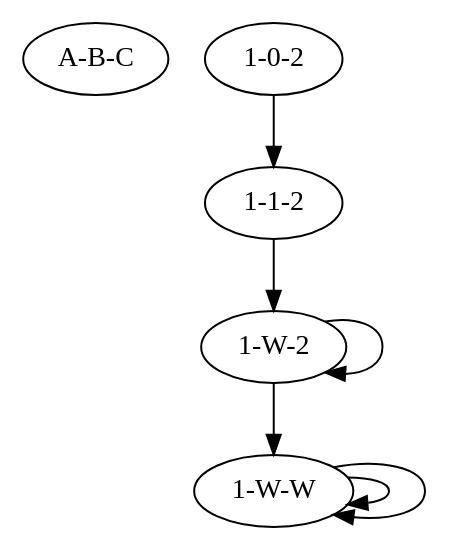
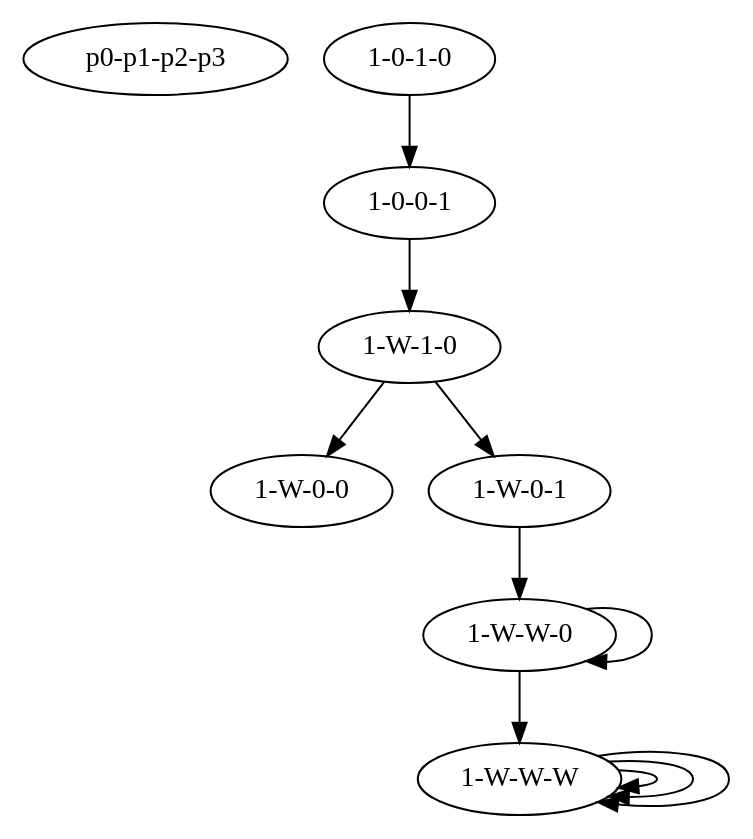
Before and after one commit to SemSSK/petri_to_automata: the diagram in graph.dot, drawn with Graphviz. The commit also changed 7 other files, not shown here.

```diff
--- a/graph.dot
+++ b/graph.dot
@@ -1,10 +1,15 @@
 
     digraph {
-        "A-B-C"
-         "1-W-W" -> "1-W-W";
- "1-W-W" -> "1-W-W"
-		 "1-W-2" -> "1-W-W";
- "1-W-2" -> "1-W-2"
-		 "1-0-2" -> "1-1-2"
-		 "1-1-2" -> "1-W-2"
+        "p0-p1-p2-p3"
+         "1-0-0-1" -> "1-W-1-0"
+		 "1-0-1-0" -> "1-0-0-1"
+		 "1-W-1-0" -> "1-W-0-0";
+ "1-W-1-0" -> "1-W-0-1"
+		 "1-W-0-1" -> "1-W-W-0"
+		 "1-W-W-0" -> "1-W-W-0";
+ "1-W-W-0" -> "1-W-W-W"
+		 "1-W-W-W" -> "1-W-W-W";
+ "1-W-W-W" -> "1-W-W-W";
+ "1-W-W-W" -> "1-W-W-W"
+		
     }
```
